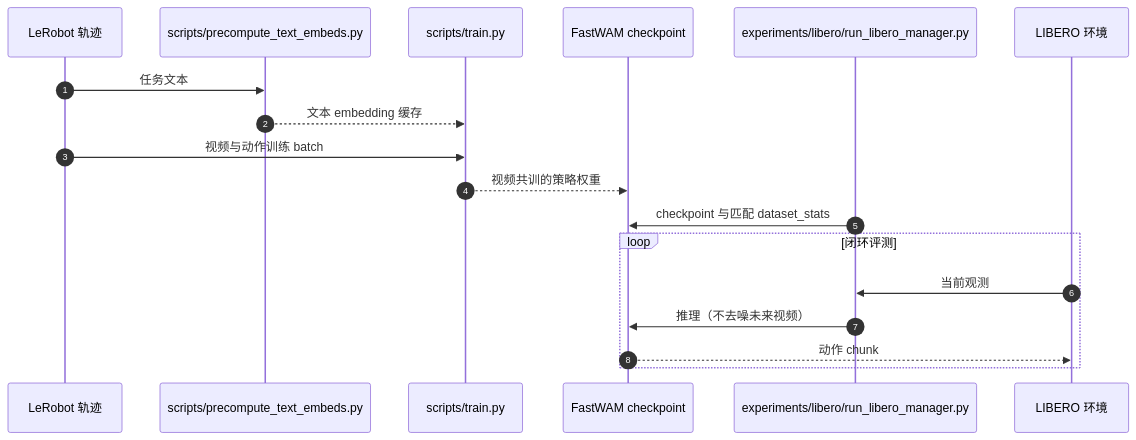
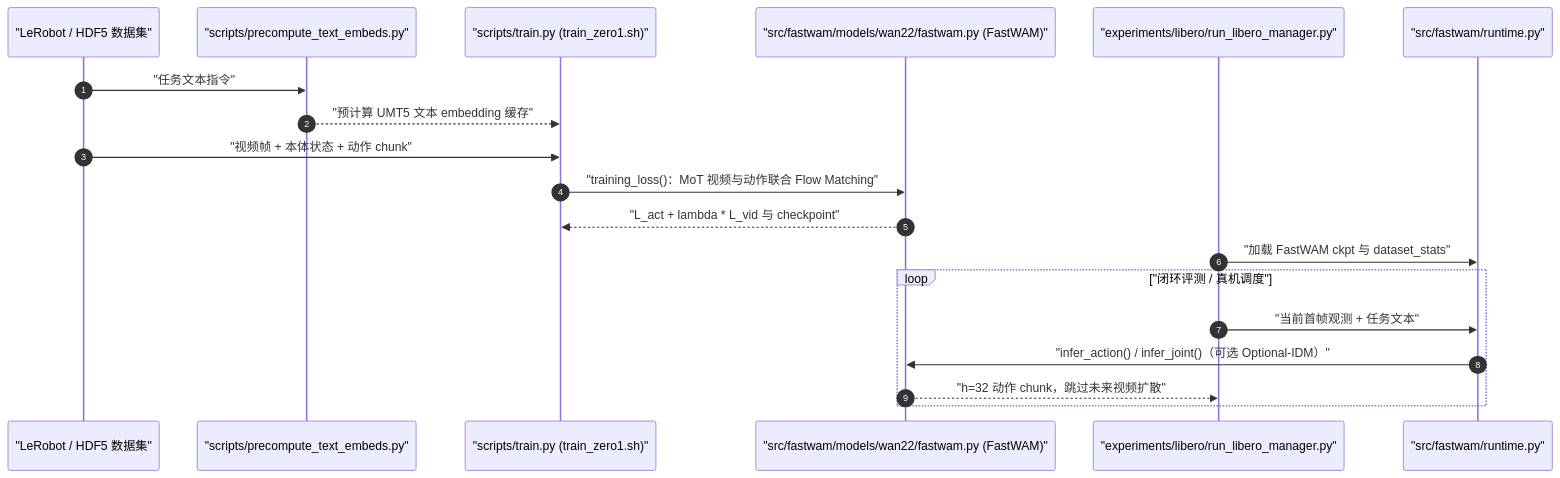
One commit to ImChong/Robotics_Notebooks changed the second of 3 diagrams in wiki/entities/paper-fast-wam.md. Above: the diagram before and after it, drawn with Mermaid. The commit also changed other lines of this file and 450 other files, not shown here.

Commit message:
[2026-11-22] ingest | sources/ & wiki/ — 补齐 33 家公司路线 165/167 节点一手原文通读、骨架与 Mermaid 图表至 3/3

````diff
--- a/wiki/entities/paper-fast-wam.md
+++ b/wiki/entities/paper-fast-wam.md
@@ -83,20 +86,21 @@
 ```mermaid
 sequenceDiagram
     autonumber
-    participant D as LeRobot 轨迹
-    participant P as scripts/precompute_text_embeds.py
-    participant T as scripts/train.py
-    participant M as FastWAM checkpoint
-    participant E as experiments/libero/run_libero_manager.py
-    participant S as LIBERO 环境
-    D->>P: 任务文本
-    P-->>T: 文本 embedding 缓存
-    D->>T: 视频与动作训练 batch
-    T-->>M: 视频共训的策略权重
-    E->>M: checkpoint 与匹配 dataset_stats
-    loop 闭环评测
-        S->>E: 当前观测
-        E->>M: 推理（不去噪未来视频）
-        M-->>S: 动作 chunk
+    participant D as "LeRobot / HDF5 数据集"
+    participant P as "scripts/precompute_text_embeds.py"
+    participant T as "scripts/train.py (train_zero1.sh)"
+    participant F as "src/fastwam/models/wan22/fastwam.py (FastWAM)"
+    participant E as "experiments/libero/run_libero_manager.py"
+    participant R as "src/fastwam/runtime.py"
+    D->>P: "任务文本指令"
+    P-->>T: "预计算 UMT5 文本 embedding 缓存"
+    D->>T: "视频帧 + 本体状态 + 动作 chunk"
+    T->>F: "training_loss()：MoT 视频与动作联合 Flow Matching"
+    F-->>T: "L_act + lambda * L_vid 与 checkpoint"
+    E->>R: "加载 FastWAM ckpt 与 dataset_stats"
+    loop "闭环评测 / 真机调度"
+        E->>R: "当前首帧观测 + 任务文本"
+        R->>F: "infer_action() / infer_joint()（可选 Optional-IDM）"
+        F-->>E: "h=32 动作 chunk，跳过未来视频扩散"
     end
 ```
````
